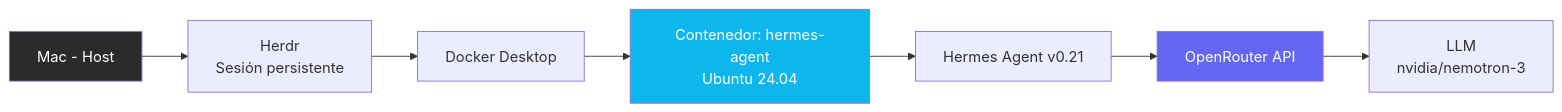
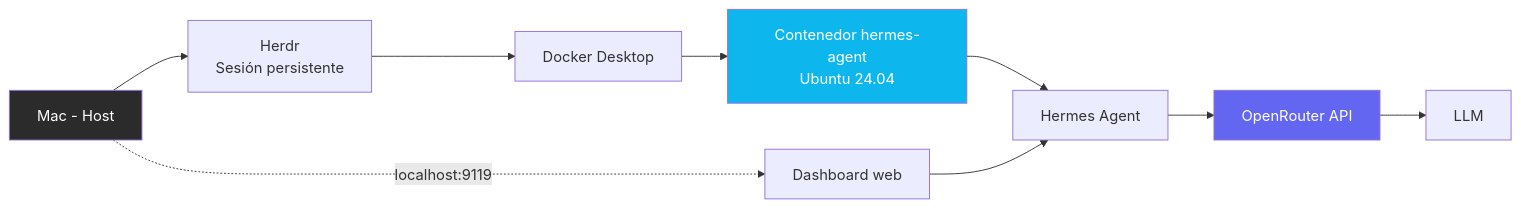
The diagram in README.md (itica-spa/hermes-infra), drawn with Mermaid before and after one commit. The commit also changed other lines of this file and 3 other files, not shown here.

Commit message:
Agregar dashboard web, manual de instalación y actualizar README

````diff
--- a/README.md
+++ b/README.md
@@ -19,13 +20,15 @@
 ```mermaid
 flowchart LR
     A[Mac - Host] --> B[Herdr<br/>Sesión persistente]
     B --> C[Docker Desktop]
-    C --> D[Contenedor: hermes-agent<br/>Ubuntu 24.04]
-    D --> E[Hermes Agent v0.21]
+    C --> D[Contenedor hermes-agent<br/>Ubuntu 24.04]
+    D --> E[Hermes Agent]
     E --> F[OpenRouter API]
-    F --> G[LLM<br/>nvidia/nemotron-3]
+    F --> G[LLM]
+    A -. localhost:9119 .-> H[Dashboard web]
+    H --> E
 
     style A fill:#2b2b2b,color:#fff
     style D fill:#0db7ed,color:#fff
     style F fill:#6366f1,color:#fff
 ```
````
